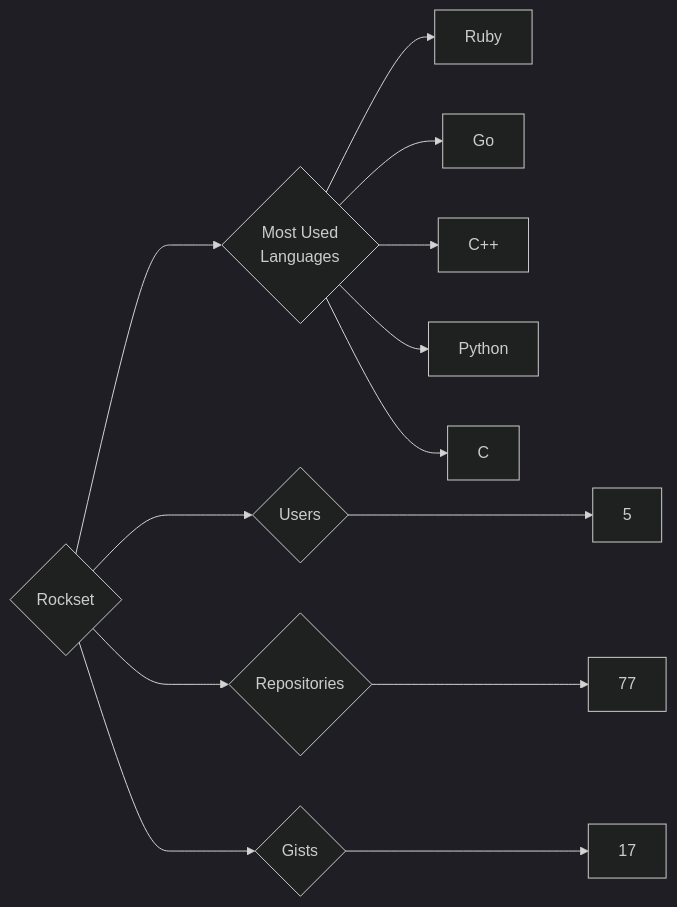
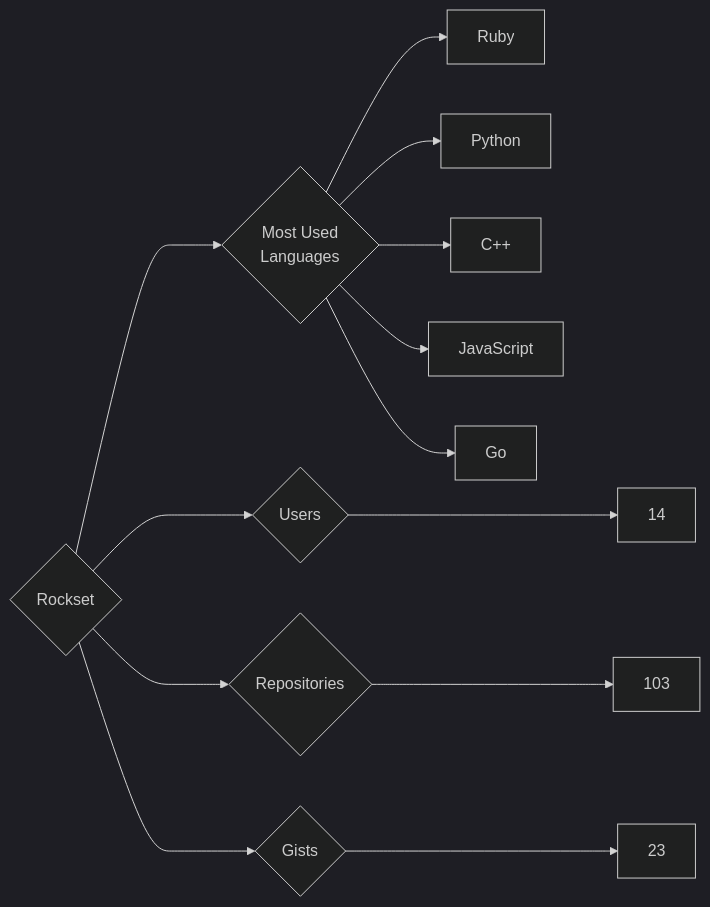
The diagram in targets/Rockset/README.md (trickest/insiders), drawn with Mermaid (dark theme) before and after one commit. The commit also changed 964 other files, not shown here.

````diff
--- a/targets/Rockset/README.md
+++ b/targets/Rockset/README.md
@@ -3,13 +3,13 @@
 ```mermaid
 graph LR
 COMPANY_NAME{Rockset}
-COMPANY_NAME ---> U{Users} ---> UN[5]
-COMPANY_NAME ---> R{Repositories} ---> RN[77]
-COMPANY_NAME ---> G{Gists} ---> GN[17]
+COMPANY_NAME ---> U{Users} ---> UN[14]
+COMPANY_NAME ---> R{Repositories} ---> RN[103]
+COMPANY_NAME ---> G{Gists} ---> GN[23]
 COMPANY_NAME ---> ML{Most Used<br>Languages}
 ML --> Ruby[Ruby]
+ML --> Python[Python]
+ML --> C++[C++]
+ML --> JavaScript[JavaScript]
 ML --> Go[Go]
-ML --> C++[C++]
-ML --> Python[Python]
-ML --> C[C]
 ```
````
